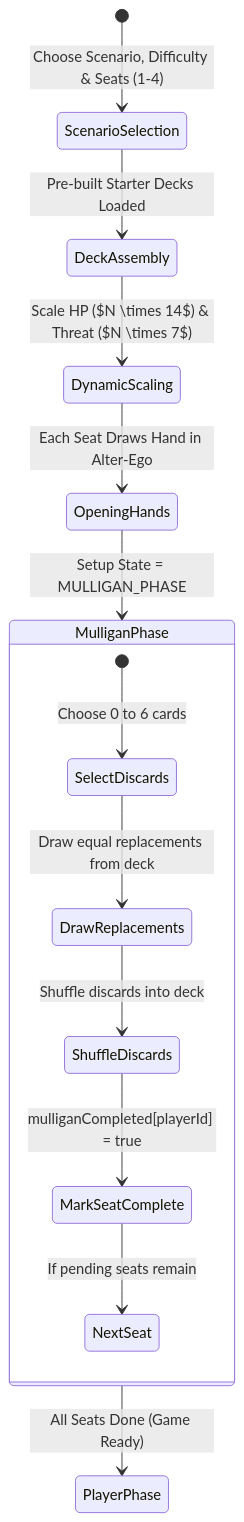
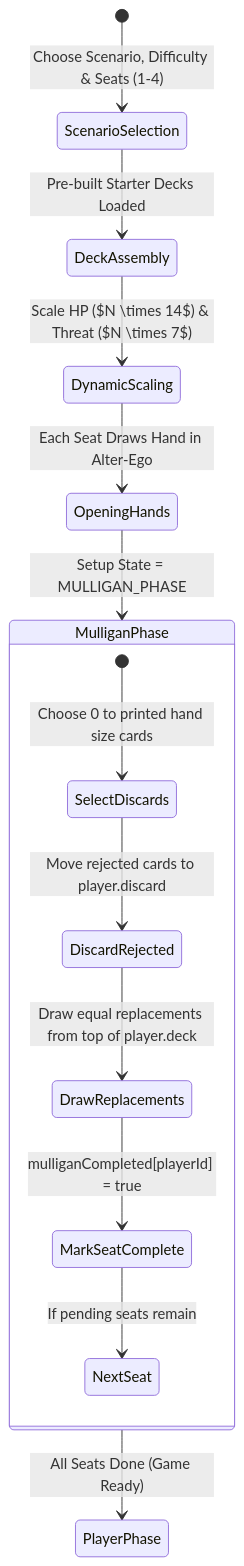
The second of 3 diagrams in docs/algorithmic_rules_reference.md (SteveRodrigue/MCD), drawn with Mermaid before and after one commit. The commit also changed other lines of this file and 3 other files, not shown here.

Commit message:
docs: integrate Google Doc architectural review, rules corrections, and refined roadmap milestones

````diff
--- a/docs/algorithmic_rules_reference.md
+++ b/docs/algorithmic_rules_reference.md
@@ -71,18 +70,18 @@
 ```mermaid
 stateDiagram-v2
     [*] --> ScenarioSelection: Choose Scenario, Difficulty & Seats (1-4)
     ScenarioSelection --> DeckAssembly: Pre-built Starter Decks Loaded
     DeckAssembly --> DynamicScaling: Scale HP ($N \times 14$) & Threat ($N \times 7$)
     DynamicScaling --> OpeningHands: Each Seat Draws Hand in Alter-Ego
     OpeningHands --> MulliganPhase: Setup State = MULLIGAN_PHASE
     
     state MulliganPhase {
-        [*] --> SelectDiscards: Choose 0 to 6 cards
-        SelectDiscards --> DrawReplacements: Draw equal replacements from deck
-        DrawReplacements --> ShuffleDiscards: Shuffle discards into deck
-        ShuffleDiscards --> MarkSeatComplete: mulliganCompleted[playerId] = true
+        [*] --> SelectDiscards: Choose 0 to printed hand size cards
+        SelectDiscards --> DiscardRejected: Move rejected cards to player.discard
+        DiscardRejected --> DrawReplacements: Draw equal replacements from top of player.deck
+        DrawReplacements --> MarkSeatComplete: mulliganCompleted[playerId] = true
         MarkSeatComplete --> NextSeat: If pending seats remain
     }
     
     MulliganPhase --> PlayerPhase: All Seats Done (Game Ready)
 ```
````
